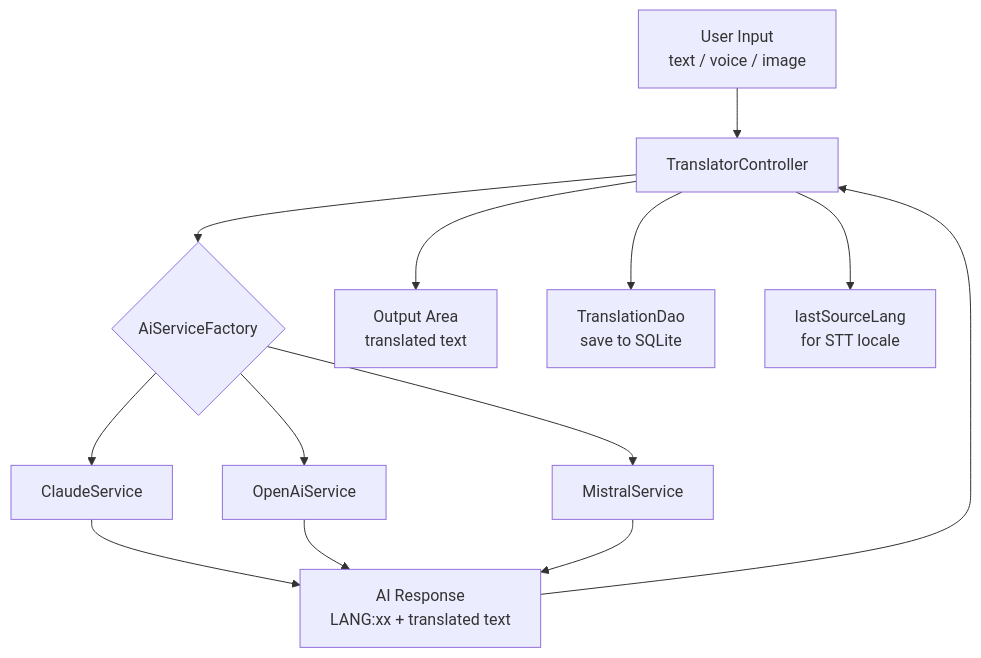
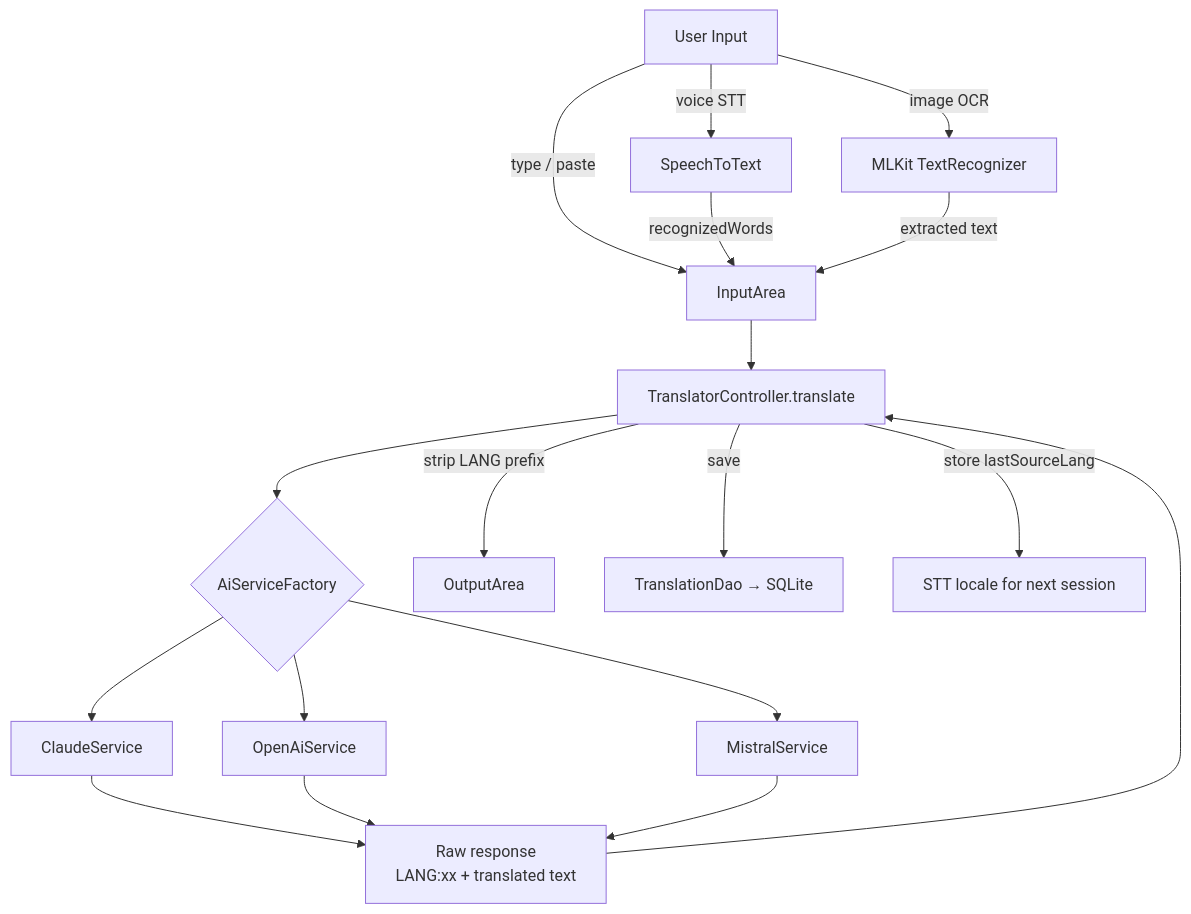
The first of 3 diagrams in docs/architecture.md (rdOxalis/tafsiri), drawn with Mermaid before and after one commit. The commit also changed other lines of this file and 2 other files, not shown here.

````diff
--- a/docs/architecture.md
+++ b/docs/architecture.md
@@ -34,13 +40,18 @@
 ```mermaid
 flowchart TD
-    A[User Input\ntext / voice / image] --> B[TranslatorController]
-    B --> C{AiServiceFactory}
-    C --> D[ClaudeService]
-    C --> E[OpenAiService]
-    C --> F[MistralService]
-    D & E & F --> G[AI Response\nLANG:xx + translated text]
-    G --> B
-    B --> H[Output Area\ntranslated text]
-    B --> I[TranslationDao\nsave to SQLite]
-    B --> J[lastSourceLang\nfor STT locale]
+    A[User Input] -->|type / paste| B[InputArea]
+    A -->|voice STT| C[SpeechToText]
+    A -->|image OCR| D[MLKit TextRecognizer]
+    C -->|recognizedWords| B
+    D -->|extracted text| B
+    B --> E[TranslatorController.translate]
+    E --> F{AiServiceFactory}
+    F --> G[ClaudeService]
+    F --> H[OpenAiService]
+    F --> I[MistralService]
+    G & H & I --> J[Raw response\nLANG:xx + translated text]
+    J --> E
+    E -->|strip LANG prefix| K[OutputArea]
+    E -->|save| L[TranslationDao → SQLite]
+    E -->|store lastSourceLang| M[STT locale for next session]
 ```
````
